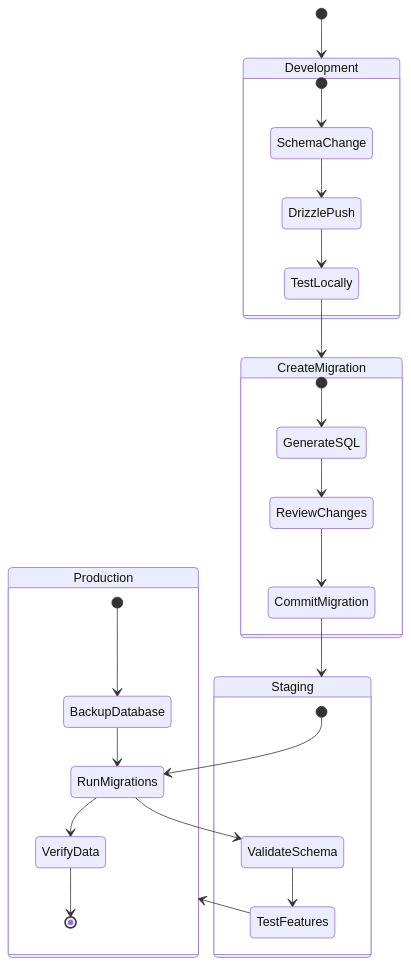
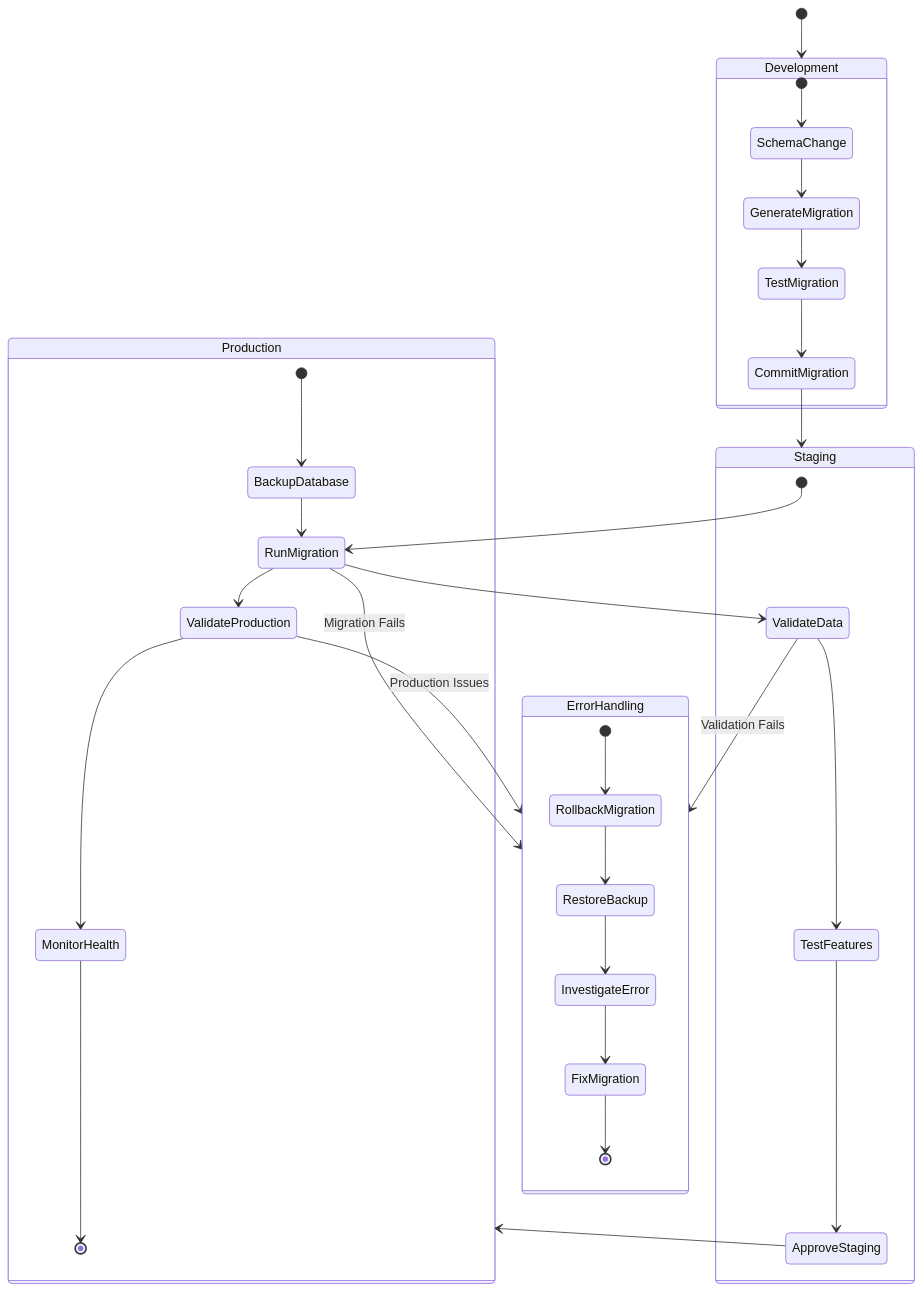
One commit to surya-madhav/portfolio-blog-2025 changed diagram 14 of 14 in docs/backend-database-architecture.md. Above: the diagram before and after it, drawn with Mermaid. The commit also changed other lines of this file and 33 other files, not shown here.

````diff
--- a/docs/backend-database-architecture.md
+++ b/docs/backend-database-architecture.md
@@ -807,35 +1346,42 @@
 ```mermaid
 stateDiagram-v2
     [*] --> Development
     
     state Development {
         [*] --> SchemaChange
-        SchemaChange --> DrizzlePush
-        DrizzlePush --> TestLocally
-    }
-    
-    TestLocally --> CreateMigration
-    
-    state CreateMigration {
-        [*] --> GenerateSQL
-        GenerateSQL --> ReviewChanges
-        ReviewChanges --> CommitMigration
+        SchemaChange --> GenerateMigration
+        GenerateMigration --> TestMigration
+        TestMigration --> CommitMigration
     }
     
     CommitMigration --> Staging
     
     state Staging {
-        [*] --> RunMigrations
-        RunMigrations --> ValidateSchema
-        ValidateSchema --> TestFeatures
+        [*] --> RunMigration
+        RunMigration --> ValidateData
+        ValidateData --> TestFeatures
+        TestFeatures --> ApproveStaging
     }
     
-    TestFeatures --> Production
+    ApproveStaging --> Production
     
     state Production {
         [*] --> BackupDatabase
-        BackupDatabase --> RunMigrations
-        RunMigrations --> VerifyData
-        VerifyData --> [*]
+        BackupDatabase --> RunMigration
+        RunMigration --> ValidateProduction
+        ValidateProduction --> MonitorHealth
+        MonitorHealth --> [*]
     }
+    
+    state ErrorHandling {
+        [*] --> RollbackMigration
+        RollbackMigration --> RestoreBackup
+        RestoreBackup --> InvestigateError
+        InvestigateError --> FixMigration
+        FixMigration --> [*]
+    }
+    
+    RunMigration --> ErrorHandling : Migration Fails
+    ValidateData --> ErrorHandling : Validation Fails
+    ValidateProduction --> ErrorHandling : Production Issues
 ```
````
